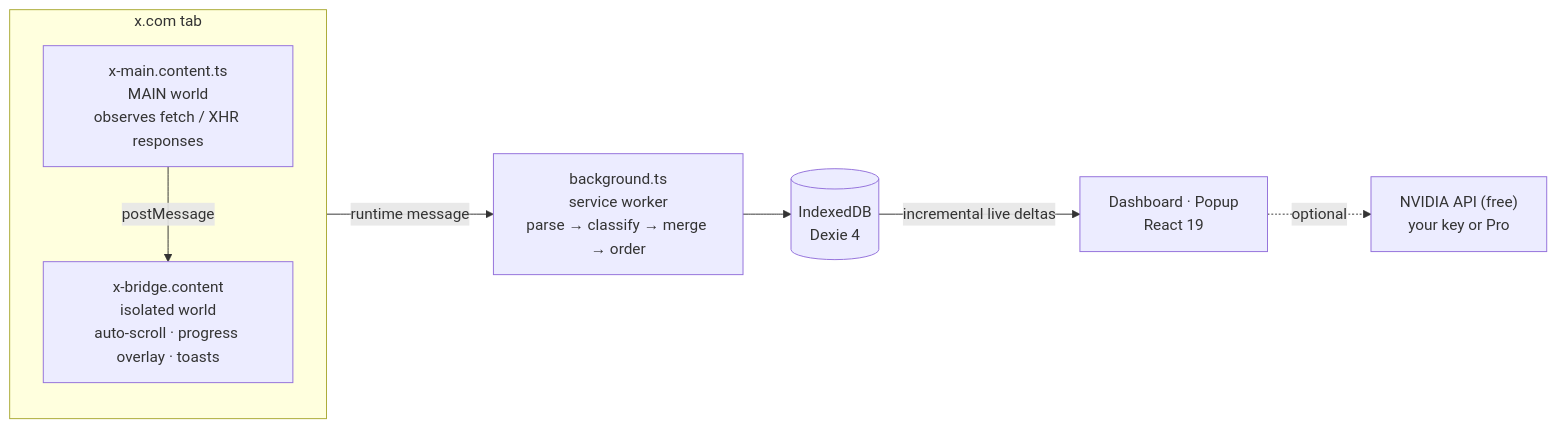
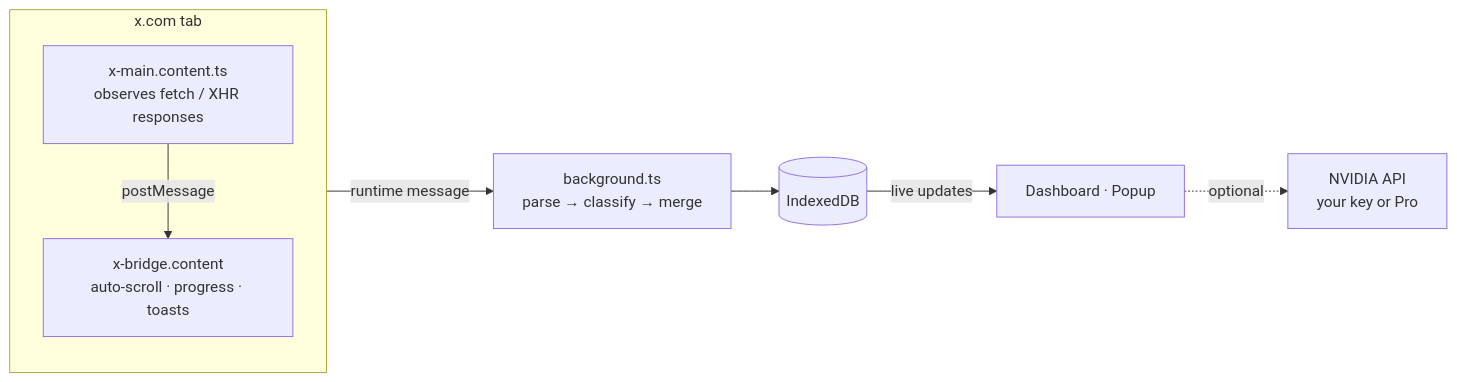
Before and after one commit to ayushman46/twt: the diagram in README.md, drawn with Mermaid. The commit also changed other lines of this file and 181 other files, not shown here.

````diff
--- a/README.md
+++ b/README.md
@@ -157,13 +149,13 @@
 ```mermaid
 flowchart LR
   subgraph tab["x.com tab"]
     direction TB
-    main["x-main.content.ts<br/>MAIN world<br/>observes fetch / XHR responses"]
-    bridge["x-bridge.content<br/>isolated world<br/>auto-scroll · progress overlay · toasts"]
+    main["x-main.content.ts<br/>observes fetch / XHR responses"]
+    bridge["x-bridge.content<br/>auto-scroll · progress · toasts"]
     main -- postMessage --> bridge
   end
-  bridge -- runtime message --> bg["background.ts<br/>service worker<br/>parse → classify → merge → order"]
-  bg --> db[("IndexedDB<br/>Dexie 4")]
-  db -- incremental live deltas --> ui["Dashboard · Popup<br/>React 19"]
-  ui -. optional .-> ai["NVIDIA API (free)<br/>your key or Pro"]
+  bridge -- runtime message --> bg["background.ts<br/>parse → classify → merge"]
+  bg --> db[("IndexedDB")]
+  db -- live updates --> ui["Dashboard · Popup"]
+  ui -. optional .-> ai["NVIDIA API<br/>your key or Pro"]
 ```
````
